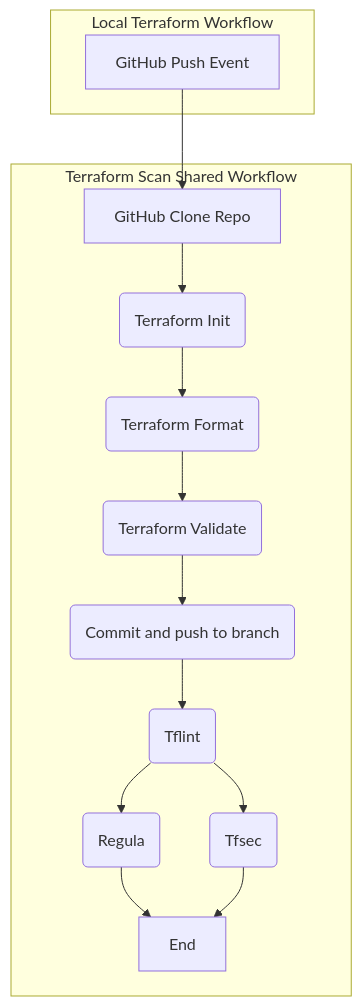
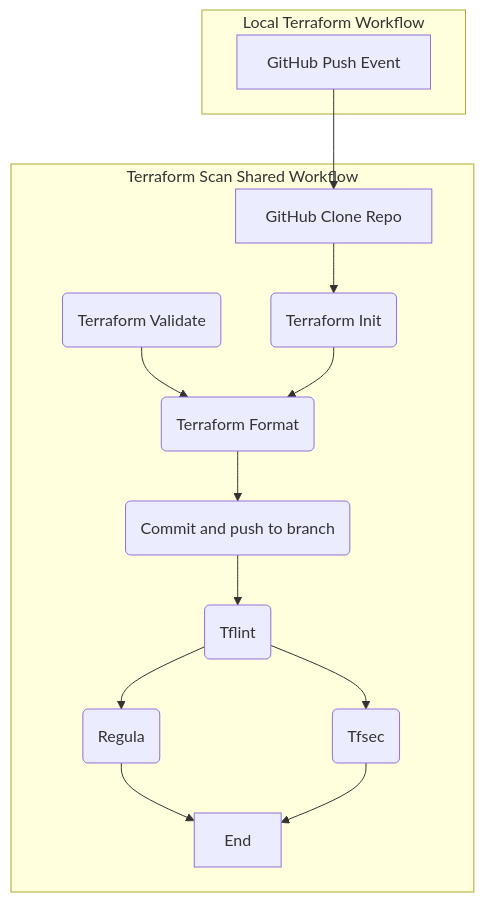
The diagram in documents/terraform/lint-and-scan.md (defenseunicorns/uds-common-workflows), drawn with Mermaid before and after one commit.

Commit message:
reflect order change in documentation

````diff
--- a/documents/terraform/lint-and-scan.md
+++ b/documents/terraform/lint-and-scan.md
@@ -68,23 +68,21 @@
 ```mermaid
 flowchart TB
   subgraph "Local Terraform Workflow"
     push[GitHub Push Event]
   end
 
 
   subgraph "Terraform Scan Shared Workflow"
     push --> clone[GitHub Clone Repo]
     clone --> tfinit(Terraform Init)
-
-    fmt(Terraform Format) --> validate(Terraform Validate)
-    validate --> inlinecommit(Commit and push to branch)
-
+    validate(Terraform Validate) --> fmt(Terraform Format)
+    fmt --> inlinecommit(Commit and push to branch)
     tfinit --> fmt
     inlinecommit --> tflint
     tflint(Tflint) --> tfsec(Tfsec)
     tflint --> regula(Regula)
     regula --> End
     tfsec --> End
   end
 
 ```
````
